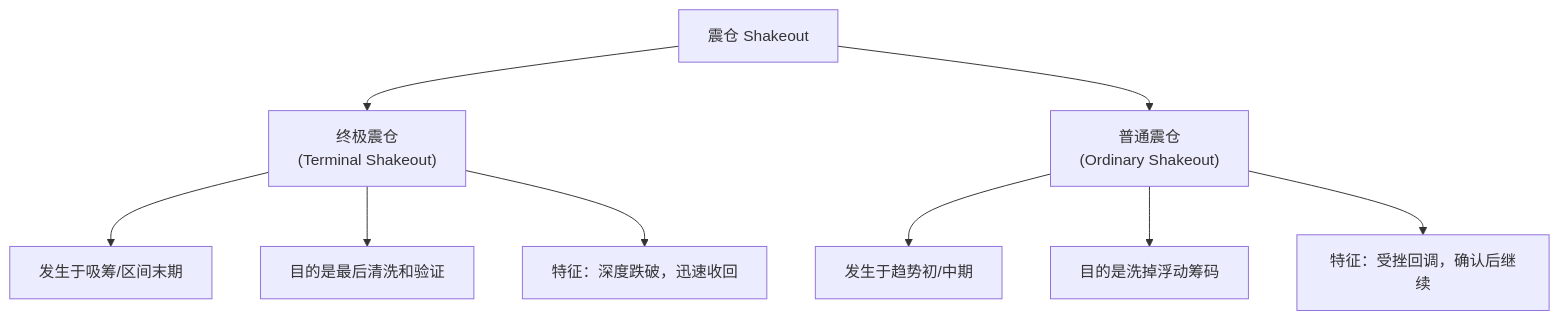
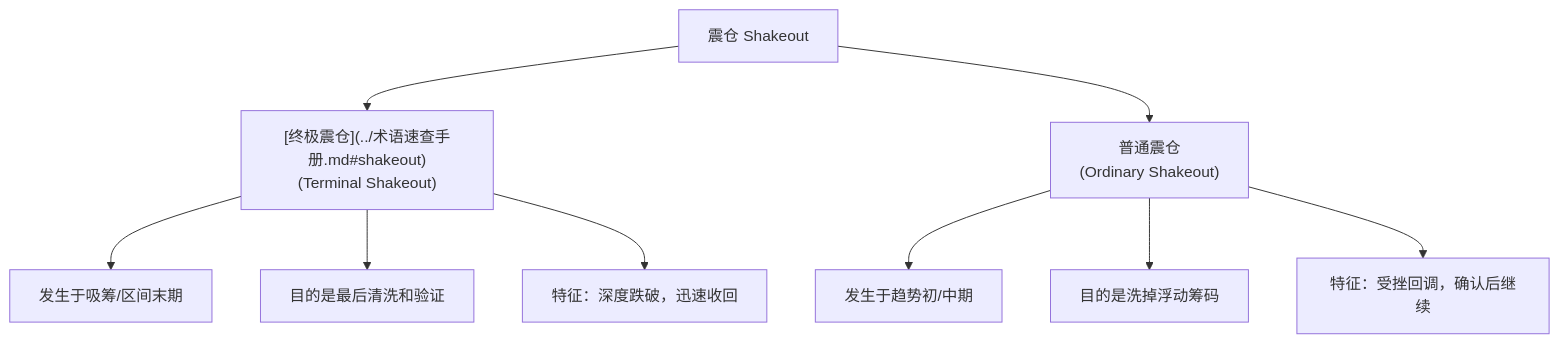
One commit to bigzhu/Wyckoff changed the first of 2 diagrams in docs/第二章_怎么知道主力机构开始接盘了/第八节_震仓.md. Above: the diagram before and after it, drawn with Mermaid. The commit also changed other lines of this file and 3 other files, not shown here.

````diff
--- a/docs/第二章_怎么知道主力机构开始接盘了/第八节_震仓.md
+++ b/docs/第二章_怎么知道主力机构开始接盘了/第八节_震仓.md
@@ -14,11 +14,11 @@
 ```mermaid
 graph TD
-    A[震仓 Shakeout] --> B["终极震仓<br>(Terminal Shakeout)"]
+    A[震仓 Shakeout] --> B["[终极震仓](../术语速查手册.md#shakeout)<br>(Terminal Shakeout)"]
     A --> C["普通震仓<br>(Ordinary Shakeout)"]
     B --> B1[发生于吸筹/区间末期]
     B --> B2[目的是最后清洗和验证]
     B --> B3[特征：深度跌破，迅速收回]
     C --> C1[发生于趋势初/中期]
     C --> C2[目的是洗掉浮动筹码]
     C --> C3[特征：受挫回调，确认后继续]
 ```
````
